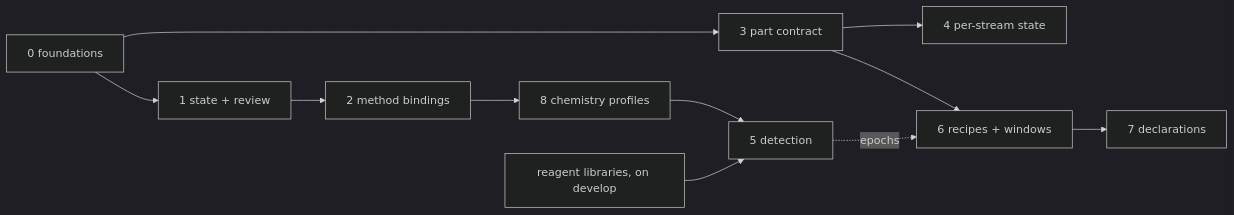
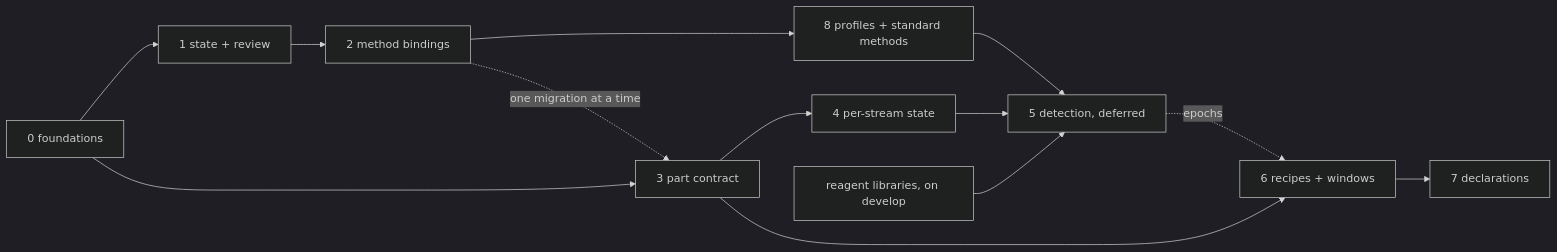
One commit to ultra-trace-systems/mascope changed the second of 2 diagrams in docs/dev/ingest_routing_and_splitting.md. Above: the diagram before and after it, drawn with Mermaid (dark theme). The commit also changed other lines of this file, not shown here.

First line of the commit message:
docs(ingest): streams start beside the profiles, standard methods route, detection waits

````diff
--- a/docs/dev/ingest_routing_and_splitting.md
+++ b/docs/dev/ingest_routing_and_splitting.md
@@ -1418,13 +1522,15 @@
 ```mermaid
 graph LR
     P0[0 foundations] --> P1[1 state + review]
     P0 --> P3[3 part contract]
     P1 --> P2[2 method bindings]
-    P2 --> P8[8 chemistry profiles]
+    P2 --> P8[8 profiles + standard methods]
+    P2 -.one migration at a time.-> P3
     P3 --> P4[4 per-stream state]
-    P8 --> P5[5 detection]
+    P8 --> P5[5 detection, deferred]
+    P4 --> P5
     E[reagent libraries, on develop] --> P5
     P3 --> P6[6 recipes + windows]
     P5 -.epochs.-> P6
     P6 --> P7[7 declarations]
 ```
````
